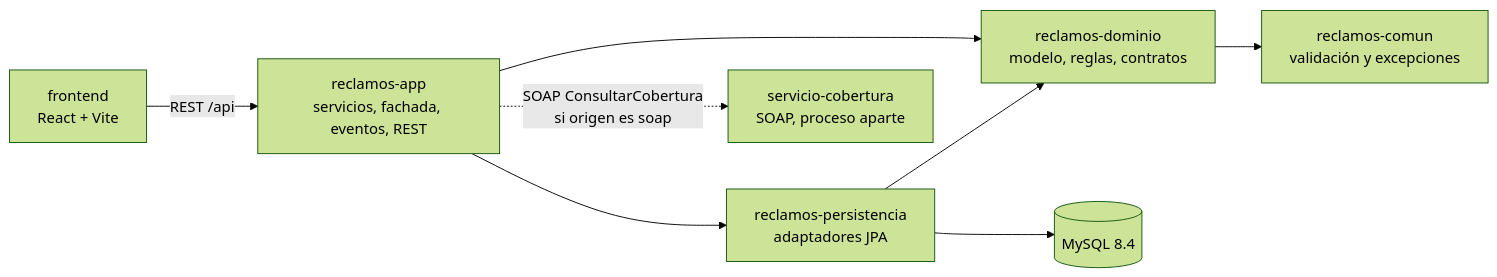
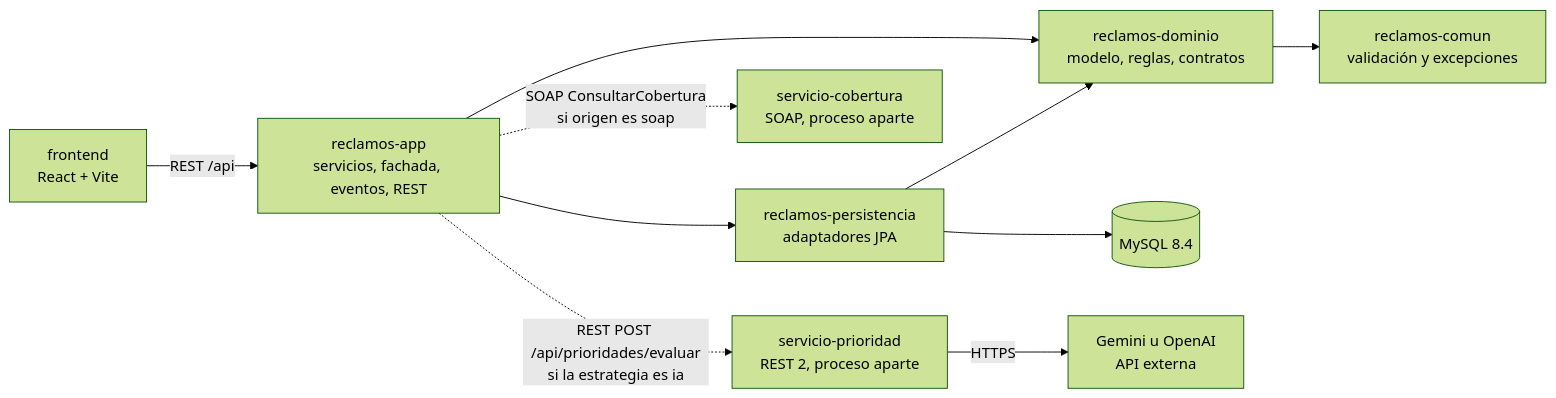
The second of 4 diagrams in docs/arquitectura.md (SanTegli/DesarrolloAppsIIGrupo10), drawn with Mermaid (forest theme) before and after one commit. The commit also changed other lines of this file and 69 other files, not shown here.

First line of the commit message:
feat: agregar servicio de prioridad con IA (REST 2) y cliente en el backend

````diff
--- a/docs/arquitectura.md
+++ b/docs/arquitectura.md
@@ -80,18 +80,22 @@
 ```mermaid
 flowchart LR
   FE["frontend<br/>React + Vite"]
   APP["reclamos-app<br/>servicios, fachada, eventos, REST"]
   PERS["reclamos-persistencia<br/>adaptadores JPA"]
   DOM["reclamos-dominio<br/>modelo, reglas, contratos"]
   COM["reclamos-comun<br/>validación y excepciones"]
   MYSQL[("MySQL 8.4")]
   COB["servicio-cobertura<br/>SOAP, proceso aparte"]
+  PRI["servicio-prioridad<br/>REST 2, proceso aparte"]
+  LLM["Gemini u OpenAI<br/>API externa"]
 
   FE -->|"REST /api"| APP
   APP --> PERS
   APP --> DOM
   PERS --> DOM
   DOM --> COM
   PERS --> MYSQL
   APP -.->|"SOAP ConsultarCobertura<br/>si origen es soap"| COB
+  APP -.->|"REST POST /api/prioridades/evaluar<br/>si la estrategia es ia"| PRI
+  PRI -->|"HTTPS"| LLM
 ```
````
